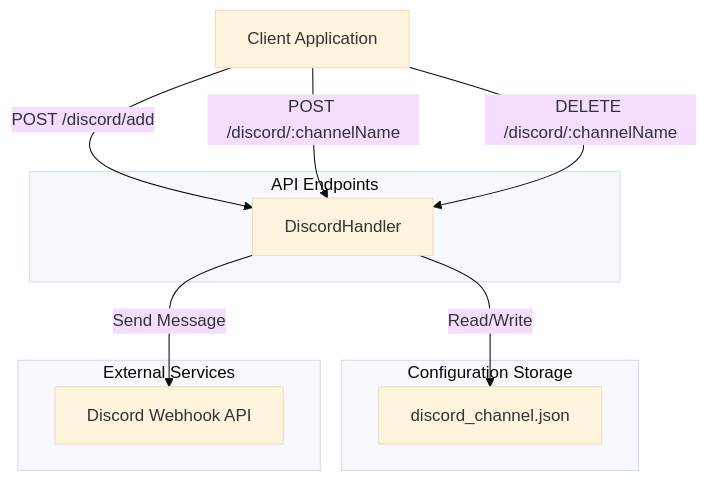
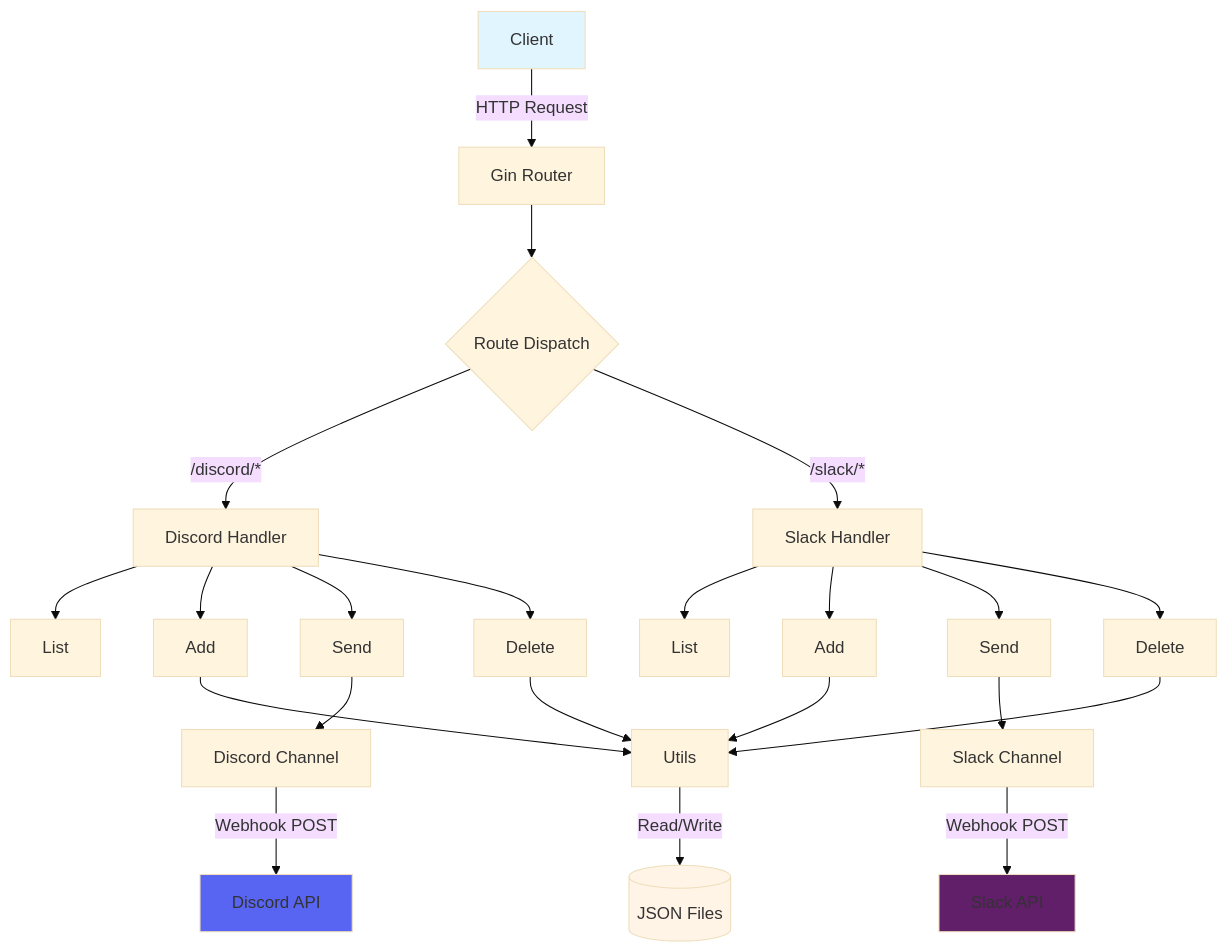
The diagram in README.md (pardnchiu/go-notify-hub), drawn with Mermaid (base theme) before and after one commit. The commit also changed other lines of this file and 18 other files, not shown here.

````diff
--- a/README.md
+++ b/README.md
@@ -23,20 +258,36 @@
 ```mermaid
 graph TB
-    A[Client Application] -->|POST /discord/add| B[DiscordHandler]
-    A -->|POST /discord/:channelName| B
-    A -->|DELETE /discord/:channelName| B
-    B -->|Read/Write| C[discord_channel.json]
-    B -->|Send Message| D[Discord Webhook API]
+    A[Client] -->|HTTP Request| B[Gin Router]
+    B --> C{Route Dispatch}
     
-    subgraph "API Endpoints"
-    B
-    end
+    C -->|/discord/*| D[Discord Handler]
+    C -->|/slack/*| E[Slack Handler]
     
-    subgraph "Configuration Storage"
-    C
-    end
+    D --> D1[List]
+    D --> D2[Add]
+    D --> D3[Send]
+    D --> D4[Delete]
     
-    subgraph "External Services"
-    D
-    end
+    E --> E1[List]
+    E --> E2[Add]
+    E --> E3[Send]
+    E --> E4[Delete]
+    
+    D3 --> F[Discord Channel]
+    E3 --> G[Slack Channel]
+    
+    F -->|Webhook POST| H[Discord API]
+    G -->|Webhook POST| I[Slack API]
+    
+    D2 --> J[Utils]
+    D4 --> J
+    E2 --> J
+    E4 --> J
+    
+    J -->|Read/Write| K[(JSON Files)]
+    
+    style A fill:#e1f5ff
+    style H fill:#5865f2
+    style I fill:#611f69
+    style K fill:#fff4e6
 ```
````
